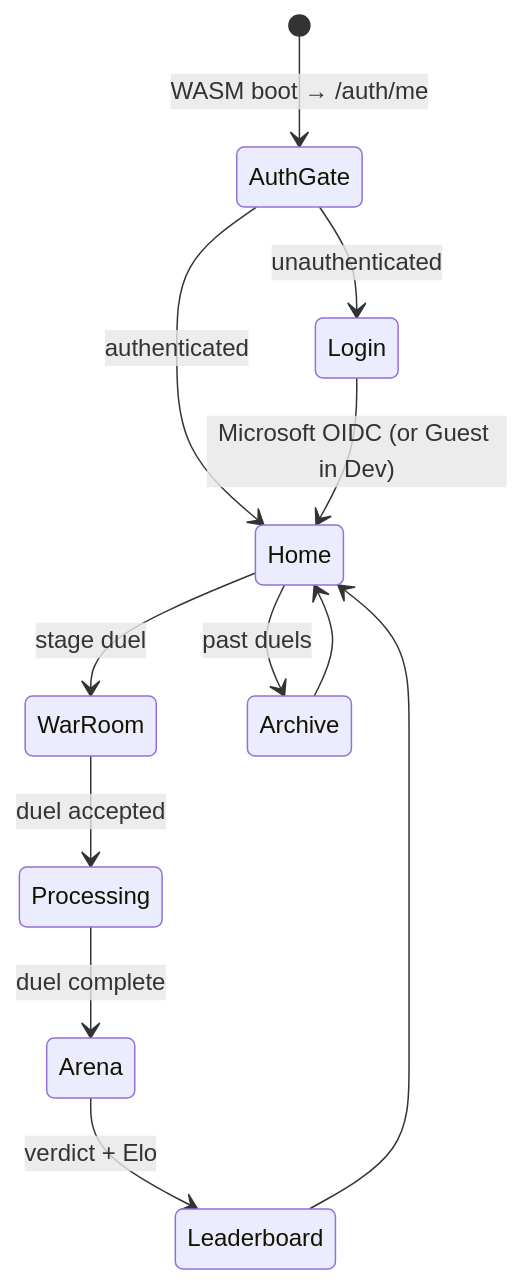
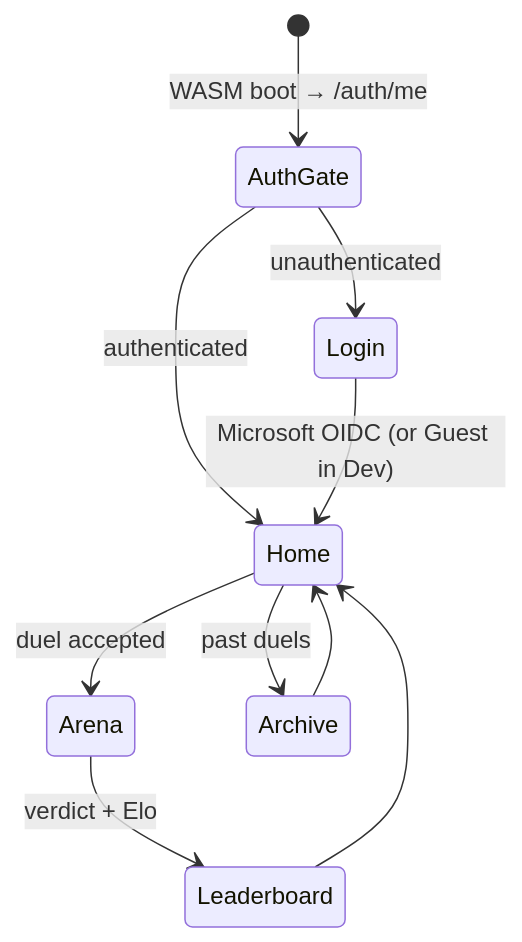
One commit to punkouter26/PoLocalCompare changed the diagram in docs/UI_Screen_Matrix_simplified.mmd. Above: the diagram before and after it, drawn with Mermaid. The commit also changed 15 other files, not shown here.

```diff
--- a/docs/UI_Screen_Matrix_simplified.mmd
+++ b/docs/UI_Screen_Matrix_simplified.mmd
@@ -1,15 +1,13 @@
 %% Simplified screen matrix — auth gate plus the five core screens.
 stateDiagram-v2
     [*] --> AuthGate : WASM boot → /auth/me
     AuthGate --> Login : unauthenticated
     AuthGate --> Home : authenticated
     Login --> Home : Microsoft OIDC (or Guest in Dev)
 
-    Home --> WarRoom : stage duel
-    WarRoom --> Processing : duel accepted
-    Processing --> Arena : duel complete
+    Home --> Arena : duel accepted
     Arena --> Leaderboard : verdict + Elo
     Home --> Archive : past duels
 
     Leaderboard --> Home
     Archive --> Home
```
